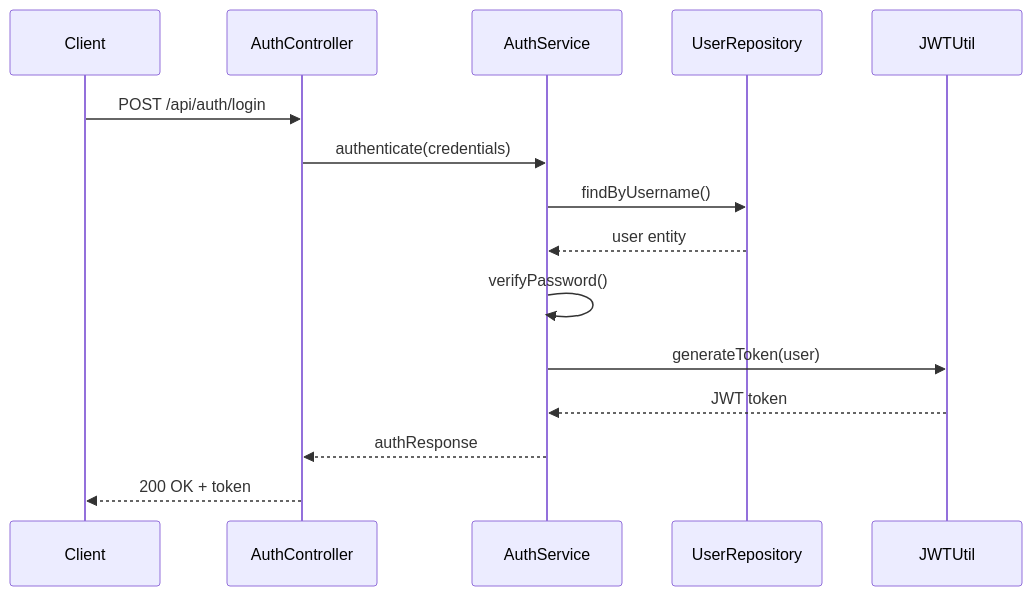
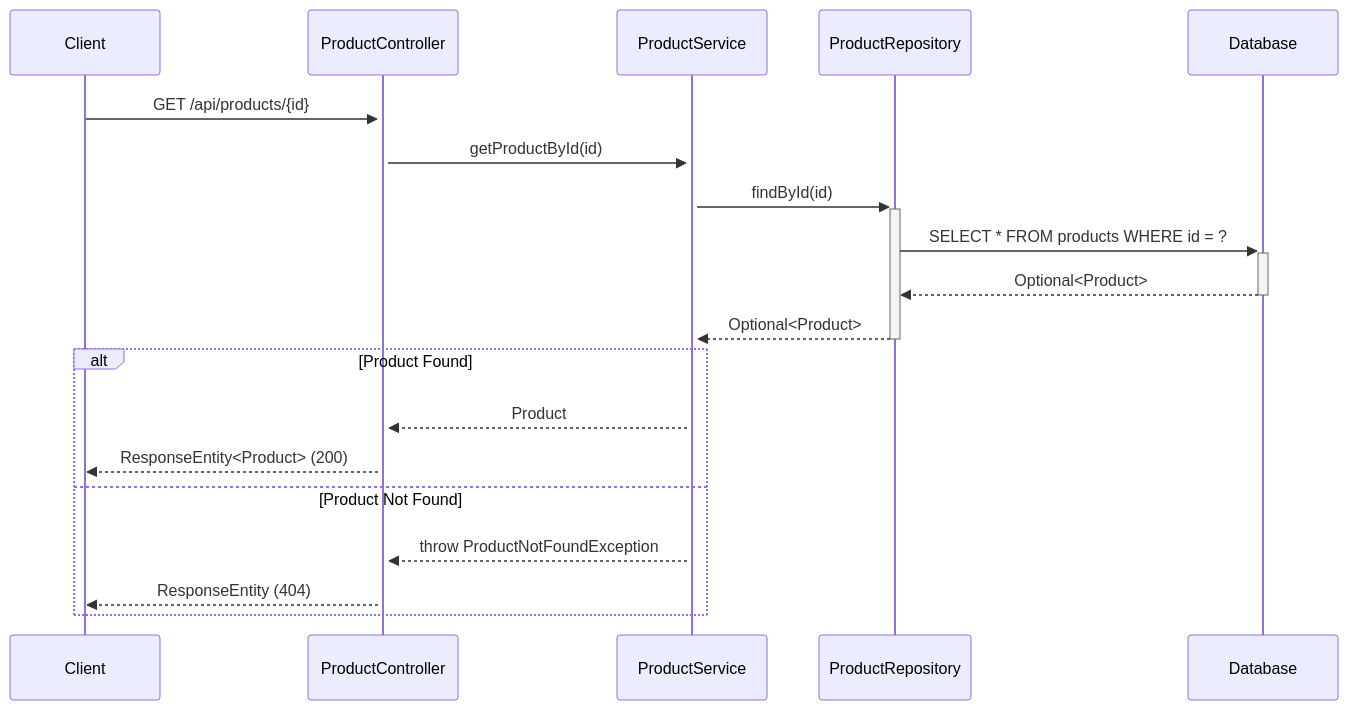
Before and after one commit to NavneetBN47/aava-ecom-demo: the fourth of 13 diagrams in docs/LLD/modified_lld.md, drawn with Mermaid. The commit also changed other lines of this file, not shown here.

````diff
--- a/docs/LLD/modified_lld.md
+++ b/docs/LLD/modified_lld.md
@@ -328,18 +237,23 @@
 ```mermaid
 sequenceDiagram
     participant Client
-    participant AuthController
-    participant AuthService
-    participant UserRepository
-    participant JWTUtil
-
-    Client->>AuthController: POST /api/auth/login
-    AuthController->>AuthService: authenticate(credentials)
-    AuthService->>UserRepository: findByUsername()
-    UserRepository-->>AuthService: user entity
-    AuthService->>AuthService: verifyPassword()
-    AuthService->>JWTUtil: generateToken(user)
-    JWTUtil-->>AuthService: JWT token
-    AuthService-->>AuthController: authResponse
-    AuthController-->>Client: 200 OK + token
+    participant ProductController
+    participant ProductService
+    participant ProductRepository
+    participant Database
+    
+    Client->>+ProductController: GET /api/products/{id}
+    ProductController->>+ProductService: getProductById(id)
+    ProductService->>+ProductRepository: findById(id)
+    ProductRepository->>+Database: SELECT * FROM products WHERE id = ?
+    Database-->>-ProductRepository: Optional<Product>
+    ProductRepository-->>-ProductService: Optional<Product>
+    
+    alt Product Found
+        ProductService-->>ProductController: Product
+        ProductController-->>Client: ResponseEntity<Product> (200)
+    else Product Not Found
+        ProductService-->>ProductController: throw ProductNotFoundException
+        ProductController-->>Client: ResponseEntity (404)
+    end
 ```
````
